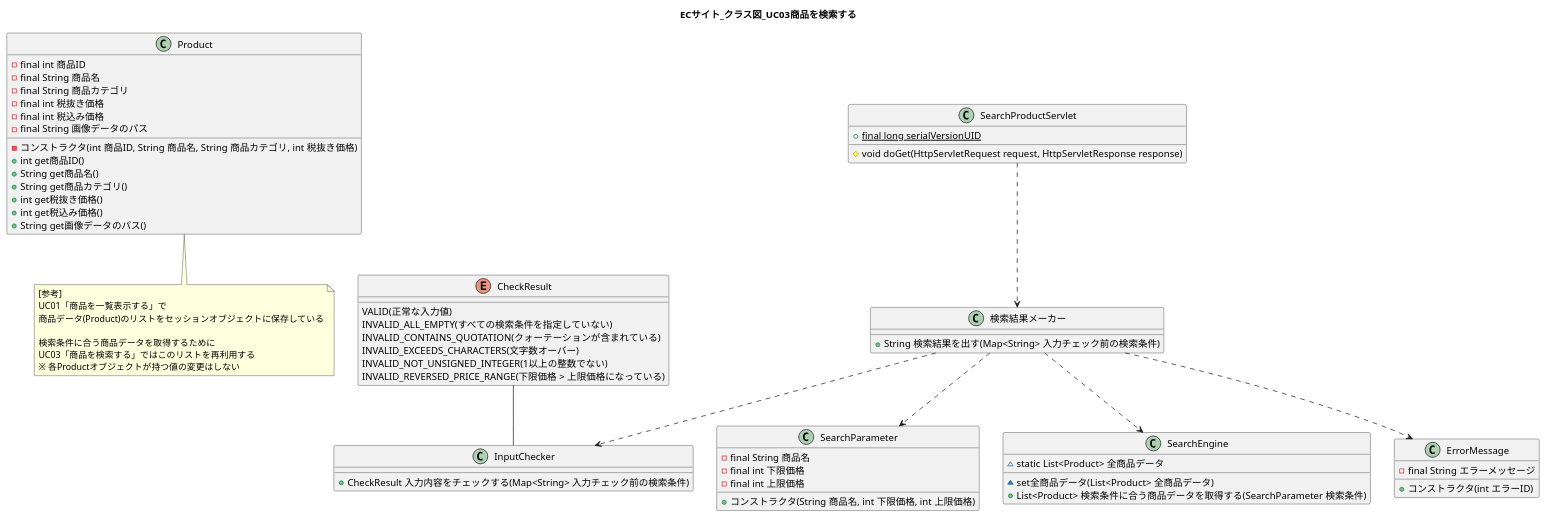
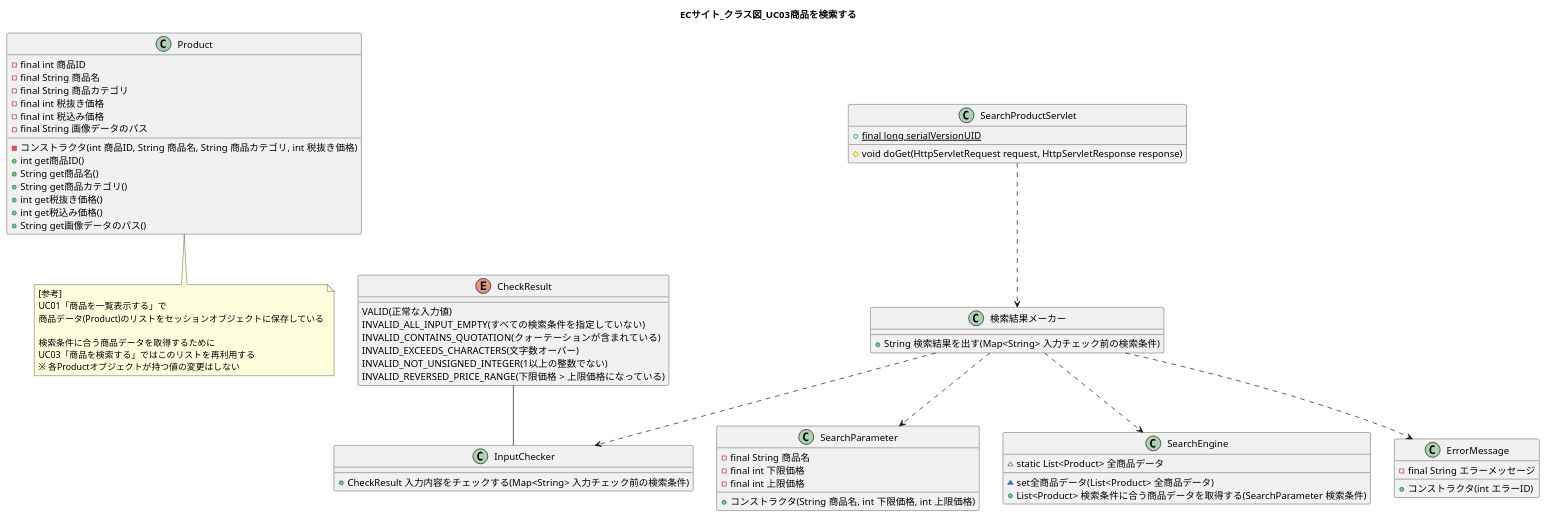
The diagram in UML/ClassDiag03.puml (wnakayama/ojt_ecsite), drawn with PlantUML before and after one commit. The commit also changed 3 other files, not shown here.

```diff
--- a/UML/ClassDiag03.puml
+++ b/UML/ClassDiag03.puml
@@ -1,76 +1,76 @@
 @startuml
 title ECサイト_クラス図_UC03商品を検索する
 
 class Product {
     -final int 商品ID
     -final String 商品名
     -final String 商品カテゴリ
     -final int 税抜き価格
     -final int 税込み価格
     -final String 画像データのパス
     -コンストラクタ(int 商品ID, String 商品名, String 商品カテゴリ, int 税抜き価格)
     +int get商品ID()
     +String get商品名()
     +String get商品カテゴリ()
     +int get税抜き価格()
     +int get税込み価格()
     +String get画像データのパス()
 }
 
 note bottom of Product
 [参考]
 UC01「商品を一覧表示する」で
 商品データ(Product)のリストをセッションオブジェクトに保存している
 
 検索条件に合う商品データを取得するために
 UC03「商品を検索する」ではこのリストを再利用する
 ※ 各Productオブジェクトが持つ値の変更はしない
 end note
 
 class SearchProductServlet {
     +{static} final long serialVersionUID
     #void doGet(HttpServletRequest request, HttpServletResponse response)
 }
 
 SearchProductServlet ..> 検索結果メーカー
 class 検索結果メーカー {
     +String 検索結果を出す(Map<String> 入力チェック前の検索条件)
 }
 
 CheckResult -- InputChecker
 enum CheckResult {
     VALID(正常な入力値)
-    INVALID_ALL_EMPTY(すべての検索条件を指定していない)
+    INVALID_ALL_INPUT_EMPTY(すべての検索条件を指定していない)
     INVALID_CONTAINS_QUOTATION(クォーテーションが含まれている)
     INVALID_EXCEEDS_CHARACTERS(文字数オーバー)
     INVALID_NOT_UNSIGNED_INTEGER(1以上の整数でない)
     INVALID_REVERSED_PRICE_RANGE(下限価格 > 上限価格になっている)
 }
 
 検索結果メーカー ..> InputChecker
 class InputChecker {
     +CheckResult 入力内容をチェックする(Map<String> 入力チェック前の検索条件)
 }
 
 検索結果メーカー ..> SearchParameter
 class SearchParameter {
     -final String 商品名
     -final int 下限価格
     -final int 上限価格
     +コンストラクタ(String 商品名, int 下限価格, int 上限価格)
 }
 
 検索結果メーカー ..> SearchEngine
 class SearchEngine {
     ~static List<Product> 全商品データ
     ~set全商品データ(List<Product> 全商品データ)
     +List<Product> 検索条件に合う商品データを取得する(SearchParameter 検索条件)
 }
 
 検索結果メーカー ..> ErrorMessage
 class ErrorMessage {
     -final String エラーメッセージ
     +コンストラクタ(int エラーID)
 }
 
 @enduml
```
